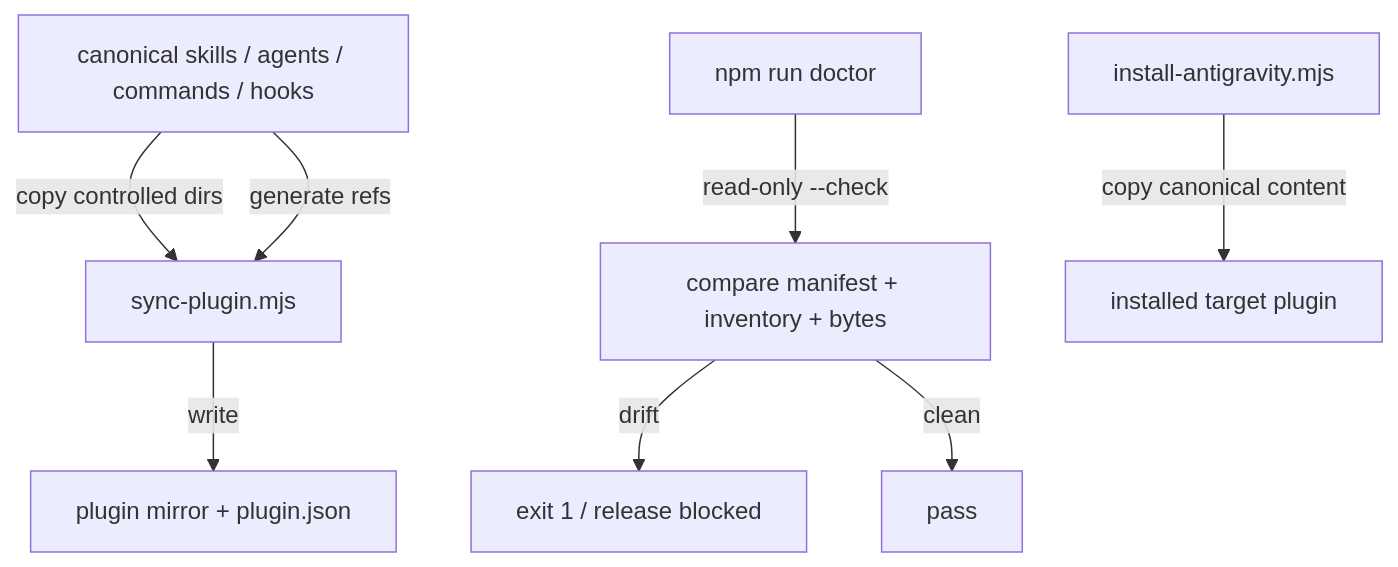
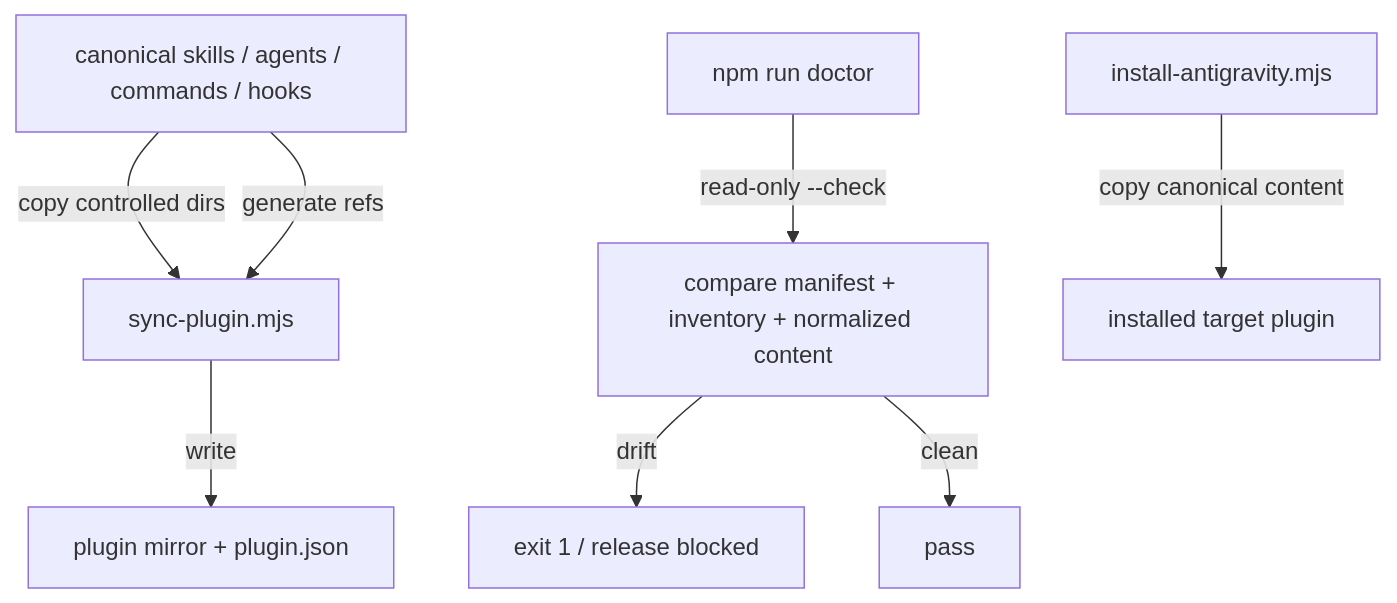
The diagram in docs/04-architecture/canonical-source-and-plugin-mirror.md (eybersjp/development-kit), drawn with Mermaid before and after one commit. The commit also changed other lines of this file and 42 other files, not shown here.

````diff
--- a/docs/04-architecture/canonical-source-and-plugin-mirror.md
+++ b/docs/04-architecture/canonical-source-and-plugin-mirror.md
@@ -18,10 +18,10 @@
 ```mermaid
 graph TD
     C["canonical skills / agents / commands / hooks"] -->|"copy controlled dirs"| S["sync-plugin.mjs"]
     C -->|"generate refs"| S
     S -->|"write"| M["plugin mirror + plugin.json"]
-    D["npm run doctor"] -->|"read-only --check"| V["compare manifest + inventory + bytes"]
+    D["npm run doctor"] -->|"read-only --check"| V["compare manifest + inventory + normalized content"]
     V -->|"drift"| F["exit 1 / release blocked"]
     V -->|"clean"| P["pass"]
     I["install-antigravity.mjs"] -->|"copy canonical content"| T["installed target plugin"]
 ```
````
